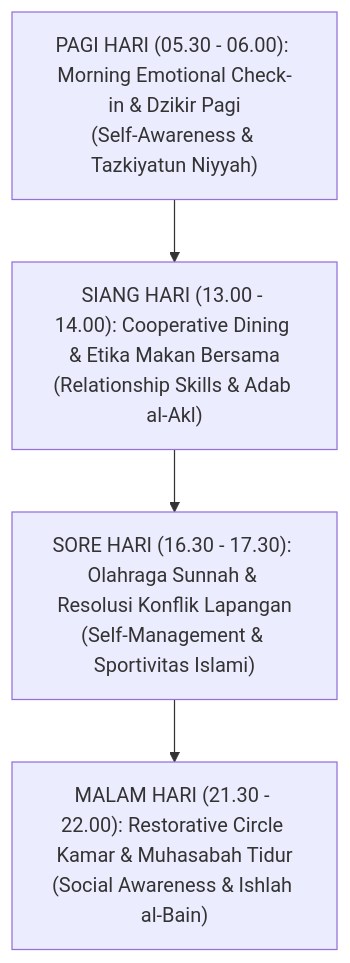
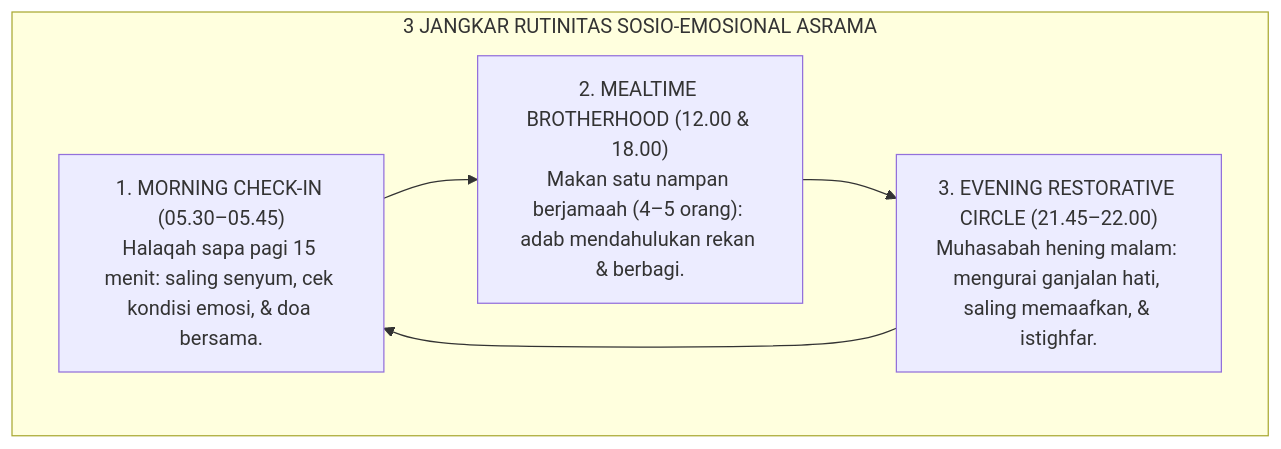
One commit to wandiapriliyandi/tumbuh changed the sixth of 8 diagrams in 01 Philosophy/03 Human Development/P1-03-04-Integrasi-SEL-dan-Karakter-Santri.md. Above: the diagram before and after it, drawn with Mermaid. The commit also changed other lines of this file and 31 other files, not shown here.

````diff
--- a/01 Philosophy/03 Human Development/P1-03-04-Integrasi-SEL-dan-Karakter-Santri.md
+++ b/01 Philosophy/03 Human Development/P1-03-04-Integrasi-SEL-dan-Karakter-Santri.md
@@ -67,9 +250,12 @@
 ```mermaid
 graph TD
-    Pagi["PAGI HARI (05.30 - 06.00): Morning Emotional Check-in & Dzikir Pagi<br/>(Self-Awareness & Tazkiyatun Niyyah)"]
-    Siang["SIANG HARI (13.00 - 14.00): Cooperative Dining & Etika Makan Bersama<br/>(Relationship Skills & Adab al-Akl)"]
-    Sore["SORE HARI (16.30 - 17.30): Olahraga Sunnah & Resolusi Konflik Lapangan<br/>(Self-Management & Sportivitas Islami)"]
-    Malam["MALAM HARI (21.30 - 22.00): Restorative Circle Kamar & Muhasabah Tidur<br/>(Social Awareness & Ishlah al-Bain)"]
-    
-    Pagi --> Siang --> Sore --> Malam
+    subgraph Rutinitas24JamSEL["3 JANGKAR RUTINITAS SOSIO-EMOSIONAL ASRAMA"]
+        Pagi["1. MORNING CHECK-IN (05.30–05.45)<br/>Halaqah sapa pagi 15 menit: saling senyum, cek kondisi emosi, & doa bersama."]
+        
+        Siang["2. MEALTIME BROTHERHOOD (12.00 & 18.00)<br/>Makan satu nampan berjamaah (4–5 orang): adab mendahulukan rekan & berbagi."]
+        
+        Malam["3. EVENING RESTORATIVE CIRCLE (21.45–22.00)<br/>Muhasabah hening malam: mengurai ganjalan hati, saling memaafkan, & istighfar."]
+        
+        Pagi --> Siang --> Malam --> Pagi
+    end
 ```
````
